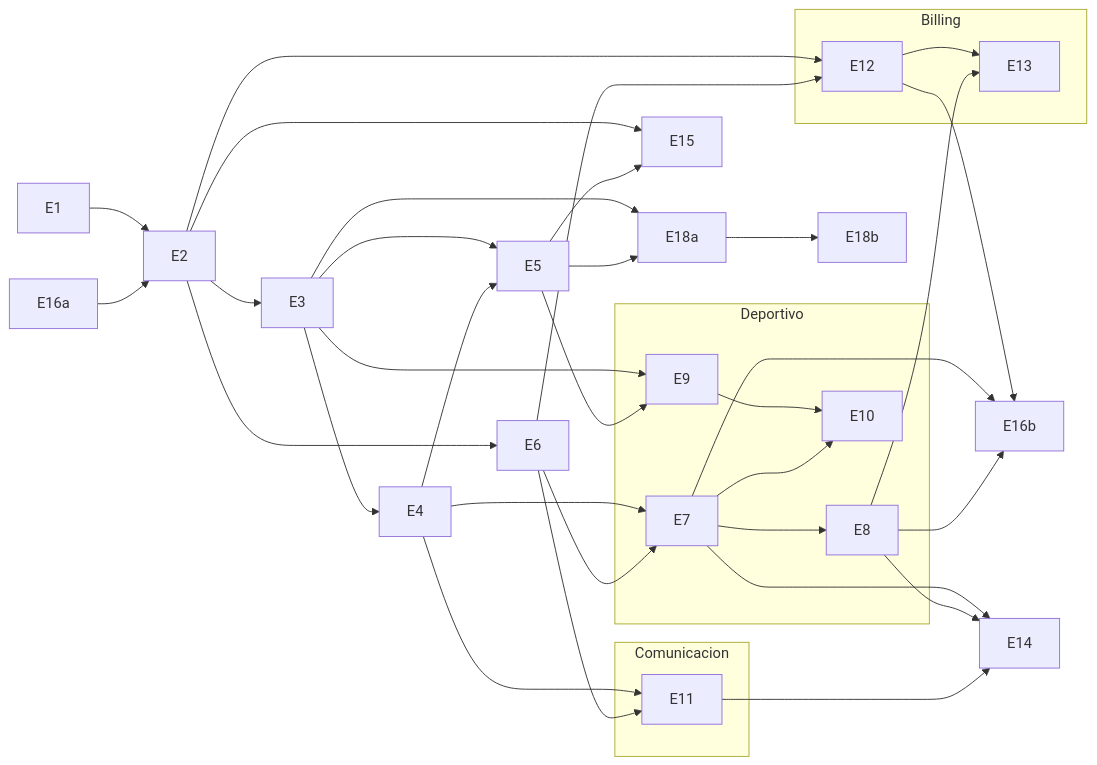
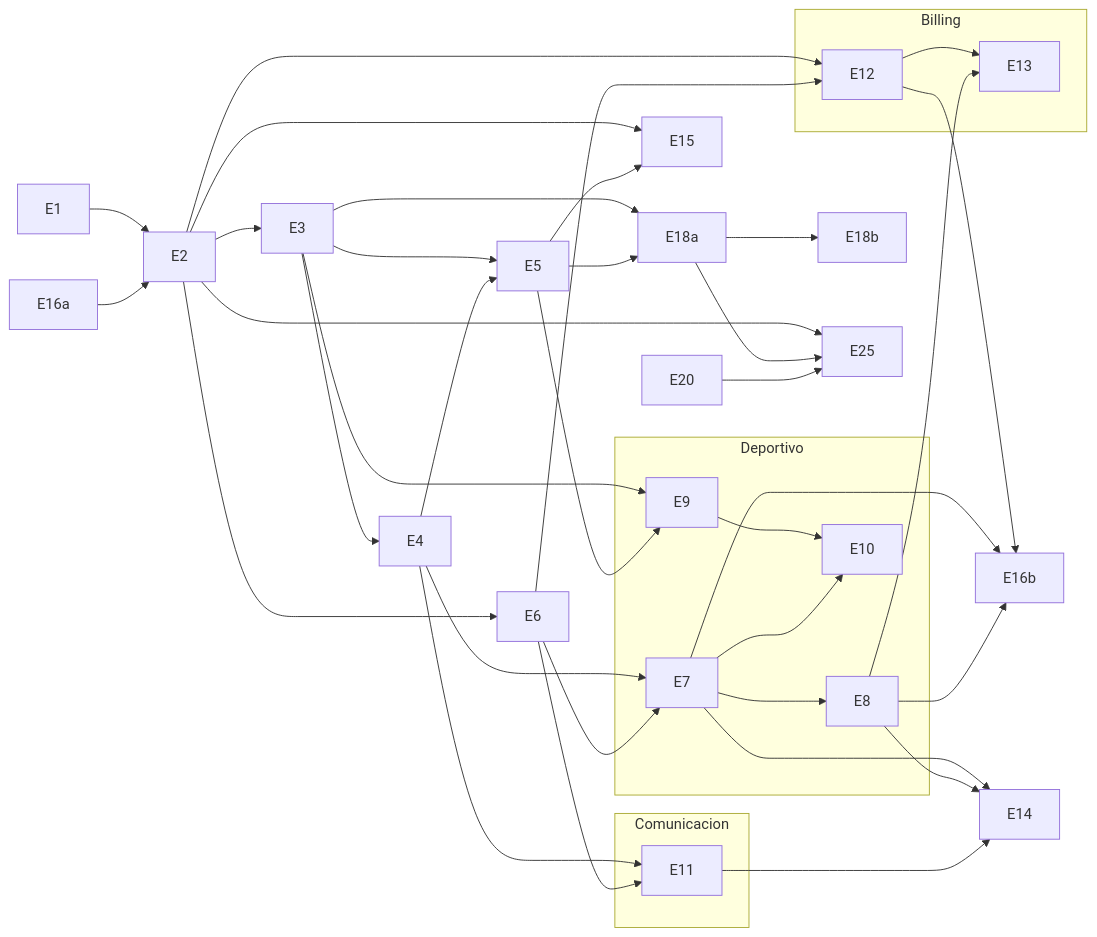
Before and after one commit to cjgomezr/sea-dragons-web: the diagram in docs/plan-maestro.md, drawn with Mermaid. The commit also changed other lines of this file and 2 other files, not shown here.

Commit message:
Escribe el PRD de E25: varios clubes en una misma instalación
Una instalación sirve a varios clubes, cada uno en su subdominio, sin que
ninguno vea datos de otro. Cubre el club por subdominio, la marca, el
registro y la recuperación del club de la petición, la sesión por
subdominio, los correos con la marca de su club, los pagos sólo para el club
dueño de la cuenta de Stripe y una suite de aislamiento con dos clubes.

Suma E25 al plan maestro y B8, qué dominio aloja los subdominios, a las
preguntas abiertas.

````diff
--- a/docs/plan-maestro.md
+++ b/docs/plan-maestro.md
@@ -203,41 +206,44 @@
 ```mermaid
 graph LR
   E1 --> E2 --> E3 --> E4
   E16a --> E2
   E7 --> E16b
   E8 --> E16b
   E12 --> E16b
   E3 --> E5
   E4 --> E5
   E2 --> E6
 
   subgraph Deportivo
     E7 --> E8
     E9 --> E10
     E7 --> E10
   end
   subgraph Comunicacion
     E11
   end
   subgraph Billing
     E12 --> E13
   end
 
   E4 --> E7
   E6 --> E7
   E3 --> E9
   E5 --> E9
   E4 --> E11
   E6 --> E11
   E2 --> E12
   E6 --> E12
   E8 --> E13
   E2 --> E15
   E5 --> E15
   E3 --> E18a
   E5 --> E18a
   E18a --> E18b
+  E2 --> E25
+  E18a --> E25
+  E20 --> E25
   E7 --> E14
   E8 --> E14
   E11 --> E14
 ```
````
